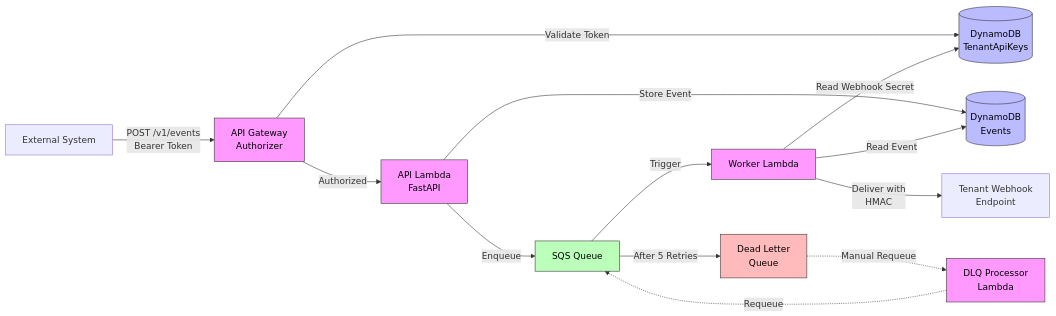
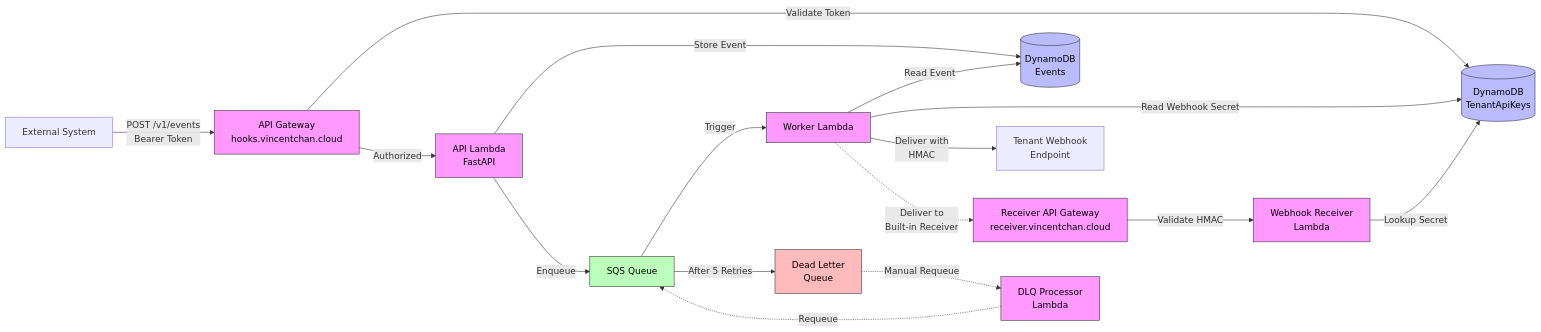
Before and after one commit to lousydropout/webhook-delivery: the first of 4 diagrams in README.md, drawn with Mermaid. The commit also changed other lines of this file and 4 other files, not shown here.

First line of the commit message:
Move webhook receiver to separate subdomain receiver.vincentchan.cloud

````diff
--- a/README.md
+++ b/README.md
@@ -29,24 +31,29 @@
 ```mermaid
 graph LR
-    A[External System] -->|POST /v1/events<br/>Bearer Token| B[API Gateway<br/>Authorizer]
+    A[External System] -->|POST /v1/events<br/>Bearer Token| B[API Gateway<br/>hooks.vincentchan.cloud]
     B -->|Validate Token| C[(DynamoDB<br/>TenantApiKeys)]
     B -->|Authorized| D[API Lambda<br/>FastAPI]
     D -->|Store Event| E[(DynamoDB<br/>Events)]
     D -->|Enqueue| F[SQS Queue]
     F -->|Trigger| G[Worker Lambda]
     G -->|Read Event| E
     G -->|Read Webhook Secret| C
     G -->|Deliver with<br/>HMAC| H[Tenant Webhook<br/>Endpoint]
+    G -.->|Deliver to<br/>Built-in Receiver| K[Receiver API Gateway<br/>receiver.vincentchan.cloud]
+    K -->|Validate HMAC| L[Webhook Receiver<br/>Lambda]
+    L -->|Lookup Secret| C
     F -->|After 5 Retries| I[Dead Letter<br/>Queue]
     I -.->|Manual Requeue| J[DLQ Processor<br/>Lambda]
     J -.->|Requeue| F
 
     style B fill:#f9f,stroke:#333,color:#000
     style D fill:#f9f,stroke:#333,color:#000
     style G fill:#f9f,stroke:#333,color:#000
     style J fill:#f9f,stroke:#333,color:#000
+    style K fill:#f9f,stroke:#333,color:#000
+    style L fill:#f9f,stroke:#333,color:#000
     style C fill:#bbf,stroke:#333,color:#000
     style E fill:#bbf,stroke:#333,color:#000
     style F fill:#bfb,stroke:#333,color:#000
     style I fill:#fbb,stroke:#333,color:#000
 ```
````
